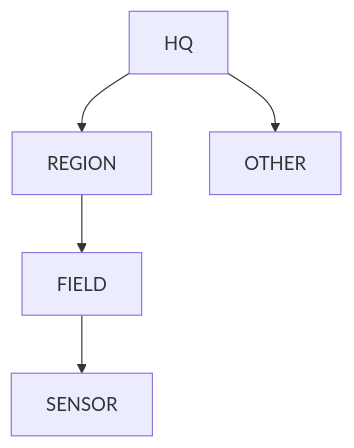
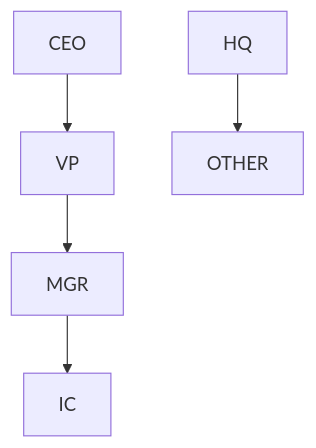
Before and after one commit to qgjones9/python-programming-guide: the fourth of 6 diagrams in docs/dsa/data-structures/graphs/index.md, drawn with Mermaid. The commit also changed other lines of this file and 31 other files, not shown here.

````diff
--- a/docs/dsa/data-structures/graphs/index.md
+++ b/docs/dsa/data-structures/graphs/index.md
@@ -291,5 +291,5 @@
 ```mermaid
 flowchart TB
-  HQ --> REGION --> FIELD --> SENSOR
-  HQ --> OTHER
+ CEO --> VP --> MGR --> IC
+ HQ --> OTHER
 ```
````
